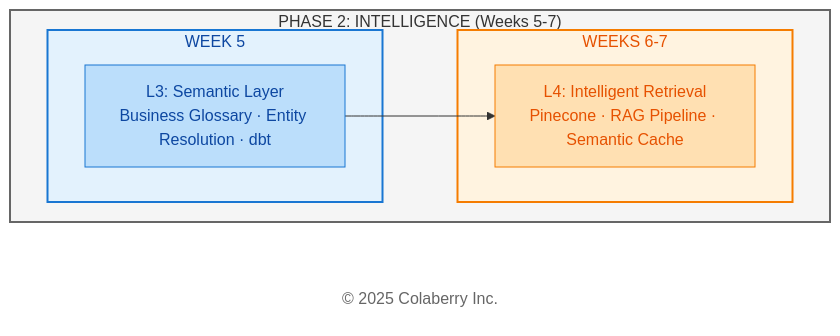
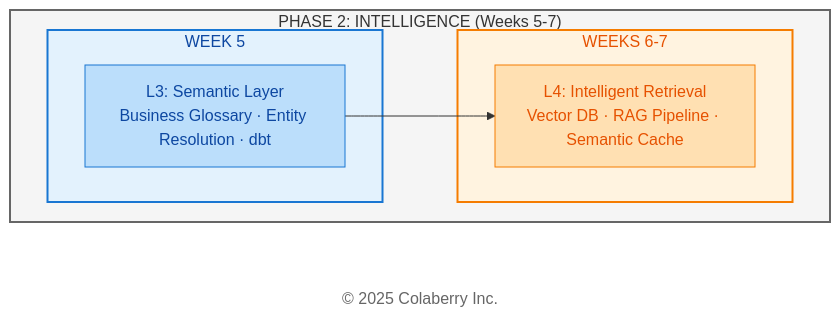
Before and after one commit to saitejesh-cyber/trust-before-intelligence-book: the fourth of 8 diagrams in manuscript/11_chapter_10_week_by_week_implementation.md, drawn with Mermaid. The commit also changed other lines of this file and 2 other files, not shown here.

````diff
--- a/manuscript/11_chapter_10_week_by_week_implementation.md
+++ b/manuscript/11_chapter_10_week_by_week_implementation.md
@@ -244,26 +255,26 @@
 ```mermaid
 
 graph LR
     subgraph PHASE2["PHASE 2: INTELLIGENCE (Weeks 5-7)"]
         direction LR
         subgraph WEEK5["WEEK 5"]
             L3["L3: Semantic Layer<br/>Business Glossary · Entity Resolution · dbt"]
         end
         
         subgraph WEEK67["WEEKS 6-7"]
-            L4["L4: Intelligent Retrieval<br/>Pinecone · RAG Pipeline · Semantic Cache"]
+            L4["L4: Intelligent Retrieval<br/>Vector DB · RAG Pipeline · Semantic Cache"]
         end
     end
     
     Copyright["© 2025 Colaberry Inc."]
     
     L3 --> L4
     
     style PHASE2 fill:#f5f5f5,stroke:#666666,stroke-width:2px,color:#333333
     style WEEK5 fill:#e3f2fd,stroke:#1976d2,stroke-width:2px,color:#0d47a1
     style WEEK67 fill:#fff3e0,stroke:#f57c00,stroke-width:2px,color:#e65100
     style L3 fill:#bbdefb,stroke:#1976d2,color:#0d47a1
     style L4 fill:#ffe0b2,stroke:#f57c00,color:#e65100
     style Copyright fill:#ffffff,stroke:none,color:#666666
 
 ```
````
